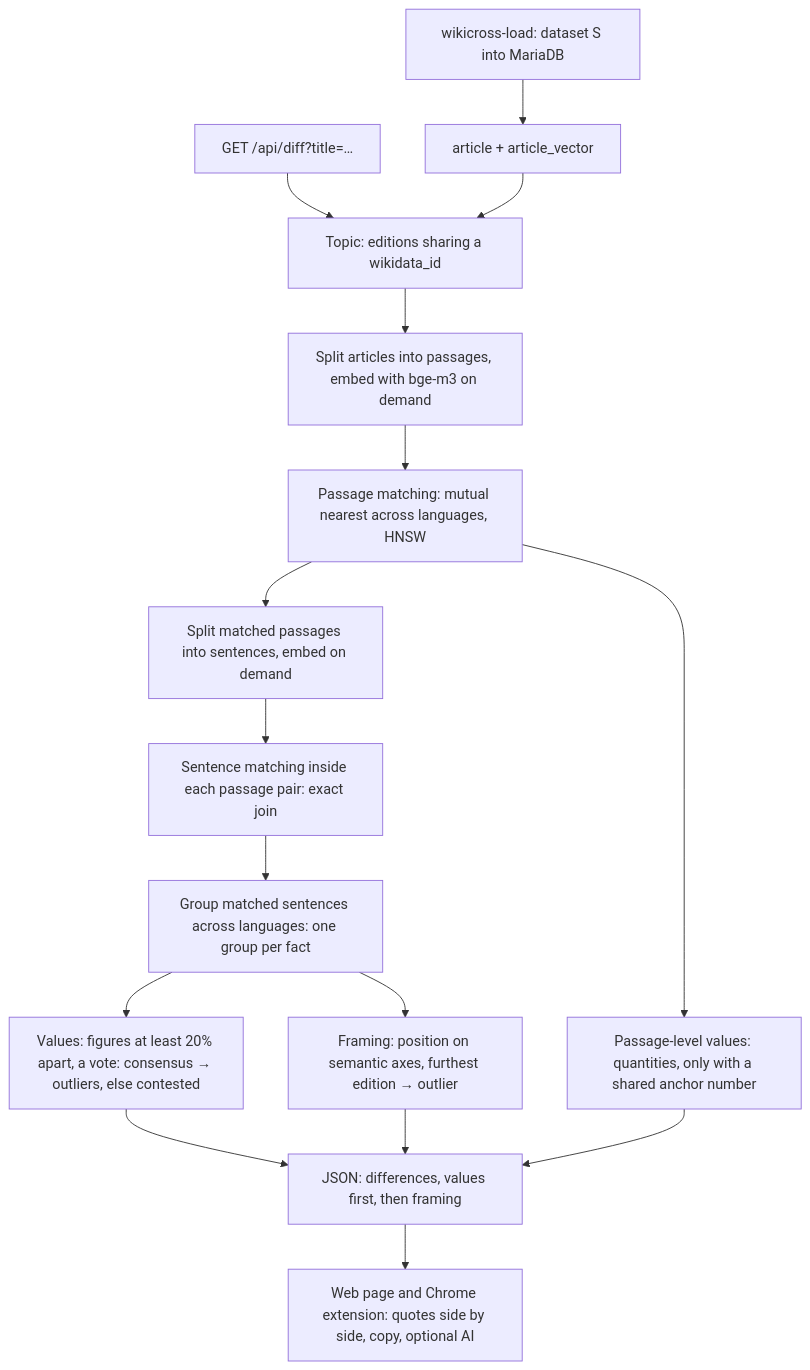
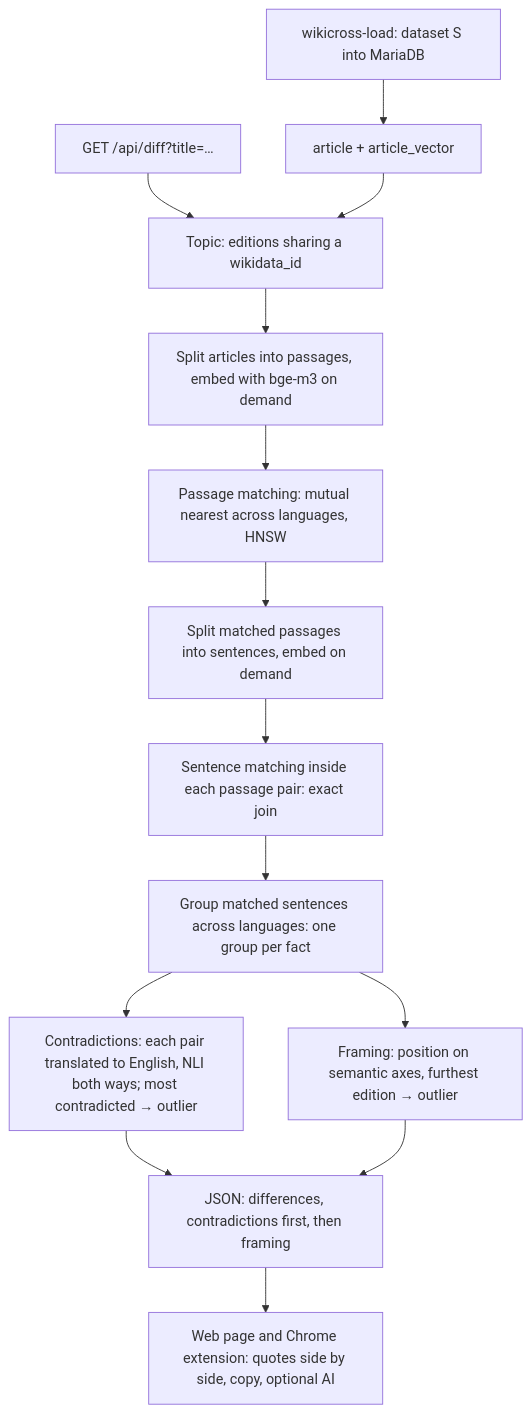
Before and after one commit to ardubev16/junction2026: the first of 7 diagrams in wikicross/docs/how-it-works.md, drawn with Mermaid. The commit also changed other lines of this file and 12 other files, not shown here.

First line of the commit message:
Discrepancies from semantics: NLI contradiction check replaces the number rules

````diff
--- a/wikicross/docs/how-it-works.md
+++ b/wikicross/docs/how-it-works.md
@@ -19,18 +19,16 @@
 ```mermaid
 flowchart TD
   L[wikicross-load: dataset S into MariaDB] --> A[article + article_vector]
   Q[GET /api/diff?title=…] --> T[Topic: editions sharing a wikidata_id]
   A --> T
   T --> E1[Split articles into passages, embed with bge-m3 on demand]
   E1 --> P[Passage matching: mutual nearest across languages, HNSW]
   P --> E2[Split matched passages into sentences, embed on demand]
   E2 --> S[Sentence matching inside each passage pair: exact join]
   S --> G[Group matched sentences across languages: one group per fact]
-  G --> F1[Values: figures at least 20% apart, a vote: consensus → outliers, else contested]
+  G --> F1[Contradictions: each pair translated to English, NLI both ways; most contradicted → outlier]
   G --> F2[Framing: position on semantic axes, furthest edition → outlier]
-  P --> F3[Passage-level values: quantities, only with a shared anchor number]
-  F1 --> R[JSON: differences, values first, then framing]
+  F1 --> R[JSON: differences, contradictions first, then framing]
   F2 --> R
-  F3 --> R
   R --> UI[Web page and Chrome extension: quotes side by side, copy, optional AI]
 ```
````
